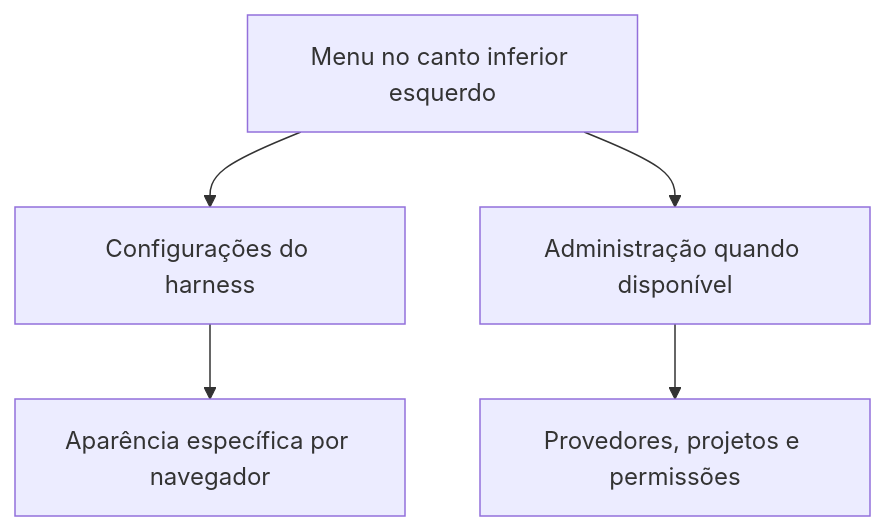
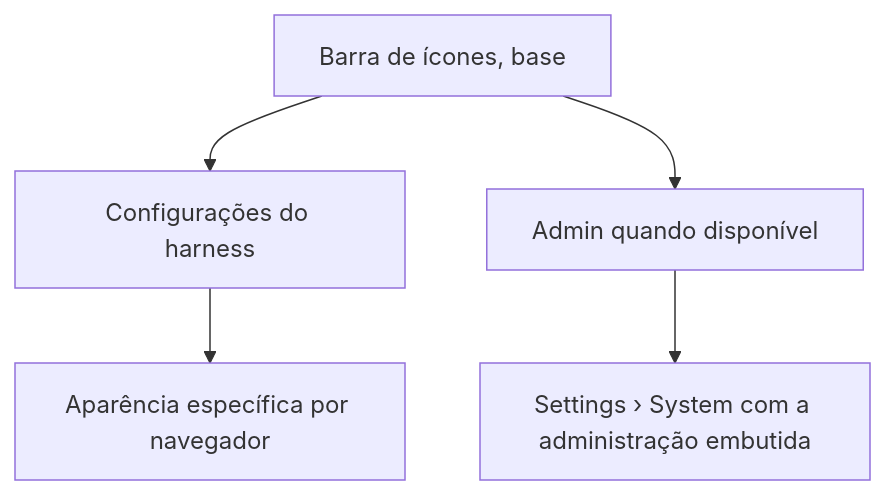
One commit to sophia-phillipa/keepharness changed the second of 2 diagrams in README.pt-BR.md. Above: the diagram before and after it, drawn with Mermaid. The commit also changed other lines of this file and 67 other files, not shown here.

````diff
--- a/README.pt-BR.md
+++ b/README.pt-BR.md
@@ -202,7 +202,7 @@
 ```mermaid
 flowchart TD
-  Menu[Menu no canto inferior esquerdo] --> Settings[Configurações do harness]
-  Menu --> Admin[Administração quando disponível]
+  Rail[Barra de ícones, base] --> Settings[Configurações do harness]
+  Rail --> Admin[Admin quando disponível]
   Settings --> Appearance[Aparência específica por navegador]
-  Admin --> Providers[Provedores, projetos e permissões]
+  Admin --> System[Settings › System com a administração embutida]
 ```
````
